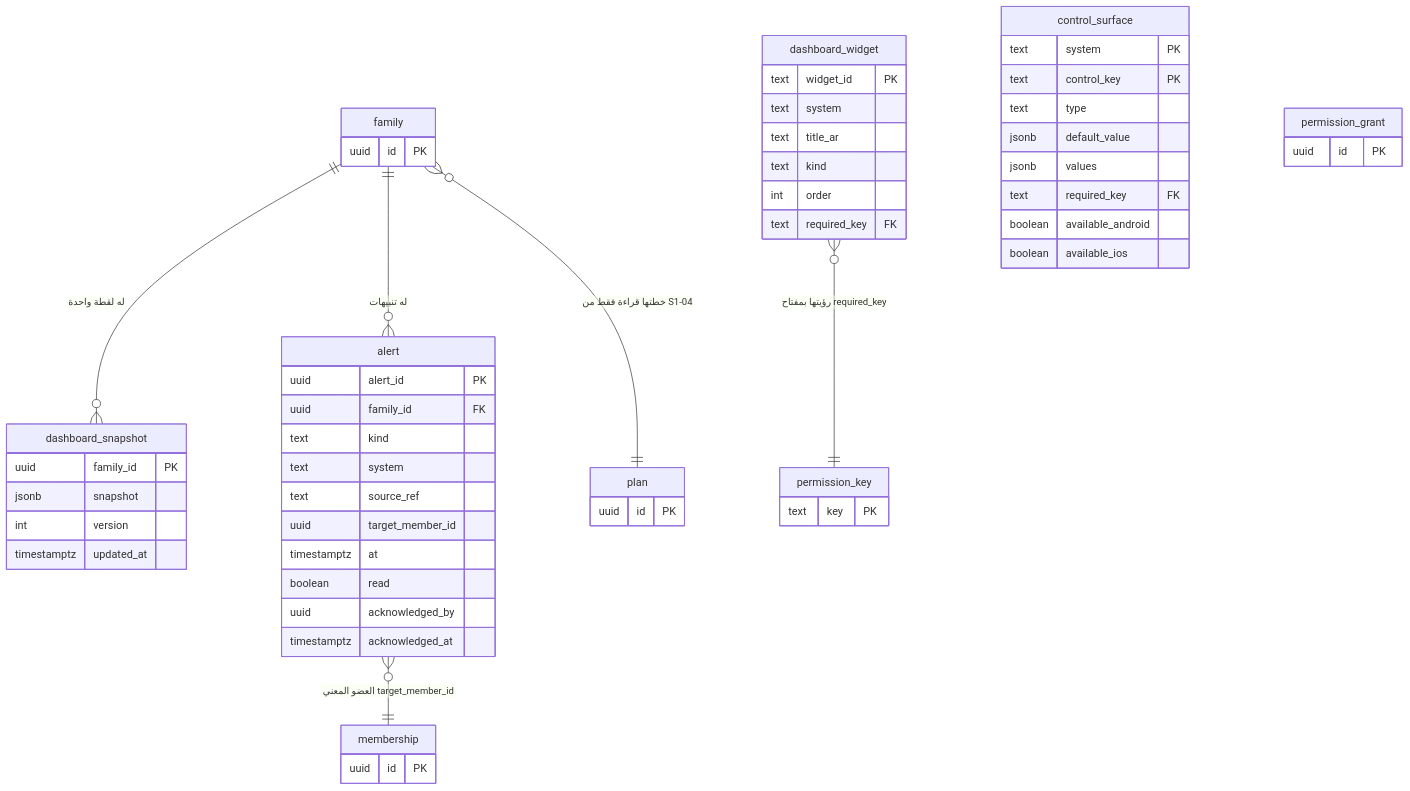
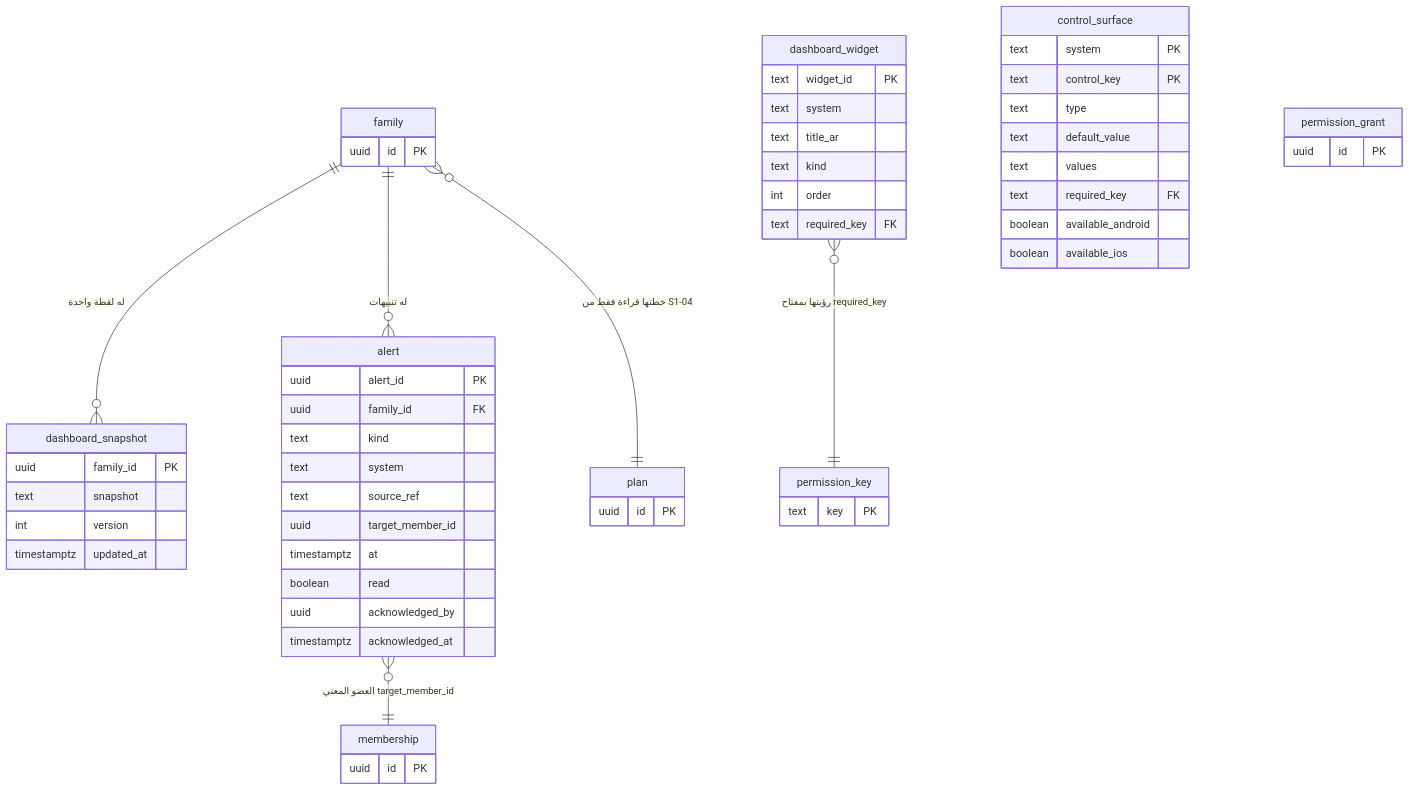
The second of 13 diagrams in docs/family-os/governance/phases/phase-1/S1-09-command-center-and-settings/DIAGRAMS.md (Bassam-mohammed-alqaeadi/family-os-v2), drawn with Mermaid before and after one commit. The commit also changed other lines of this file, not shown here.

Commit message:
NEW-S609-01 (Q-267): اتفاقية Q-177 في ERD §2 — text لما نوعه الحقيقي jsonb في §5

````diff
--- a/docs/family-os/governance/phases/phase-1/S1-09-command-center-and-settings/DIAGRAMS.md
+++ b/docs/family-os/governance/phases/phase-1/S1-09-command-center-and-settings/DIAGRAMS.md
@@ -107,60 +107,60 @@
 ```mermaid
 erDiagram
     family ||--o{ dashboard_snapshot : "له لقطة واحدة"
     family ||--o{ alert : "له تنبيهات"
     dashboard_widget }o--|| permission_key : "رؤيتها بمفتاح required_key"
     alert }o--|| membership : "العضو المعني target_member_id"
     family }o--|| plan : "خطتها قراءة فقط من S1-04"
 
     dashboard_widget {
         text widget_id PK
         text system
         text title_ar
         text kind
         int order
         text required_key FK
     }
     control_surface {
         text system PK
         text control_key PK
         text type
-        jsonb default_value
-        jsonb values
+        text default_value
+        text values
         text required_key FK
         boolean available_android
         boolean available_ios
     }
     dashboard_snapshot {
         uuid family_id PK
-        jsonb snapshot
+        text snapshot
         int version
         timestamptz updated_at
     }
     alert {
         uuid alert_id PK
         uuid family_id FK
         text kind
         text system
         text source_ref
         uuid target_member_id
         timestamptz at
         boolean read
         uuid acknowledged_by
         timestamptz acknowledged_at
     }
     family {
         uuid id PK
     }
     permission_key {
         text key PK
     }
     permission_grant {
         uuid id PK
     }
     membership {
         uuid id PK
     }
     plan {
         uuid id PK
     }
 ```
````
